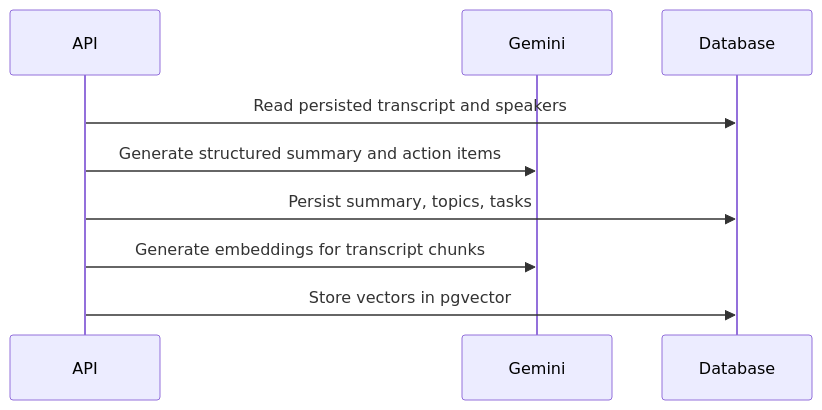
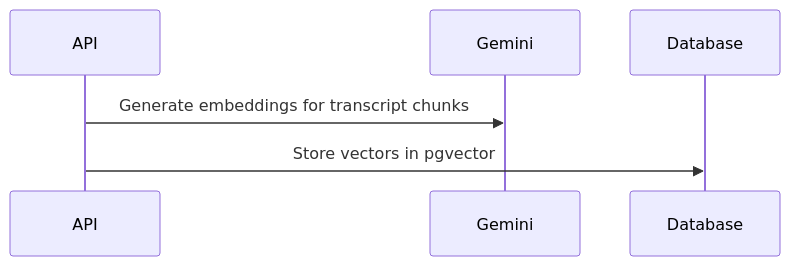
Before and after one commit to nipun172006/ScribeFlow: the fifth of 6 diagrams in docs/ARCHITECTURE.md, drawn with Mermaid. The commit also changed other lines of this file and 17 other files, not shown here.

Commit message:
feat: persist Gemini meeting analysis

````diff
--- a/docs/ARCHITECTURE.md
+++ b/docs/ARCHITECTURE.md
@@ -145,12 +145,9 @@
 ```mermaid
 sequenceDiagram
   participant API
   participant Gemini
   participant Database
 
-  API->>Database: Read persisted transcript and speakers
-  API->>Gemini: Generate structured summary and action items
-  API->>Database: Persist summary, topics, tasks
   API->>Gemini: Generate embeddings for transcript chunks
   API->>Database: Store vectors in pgvector
 ```
````
